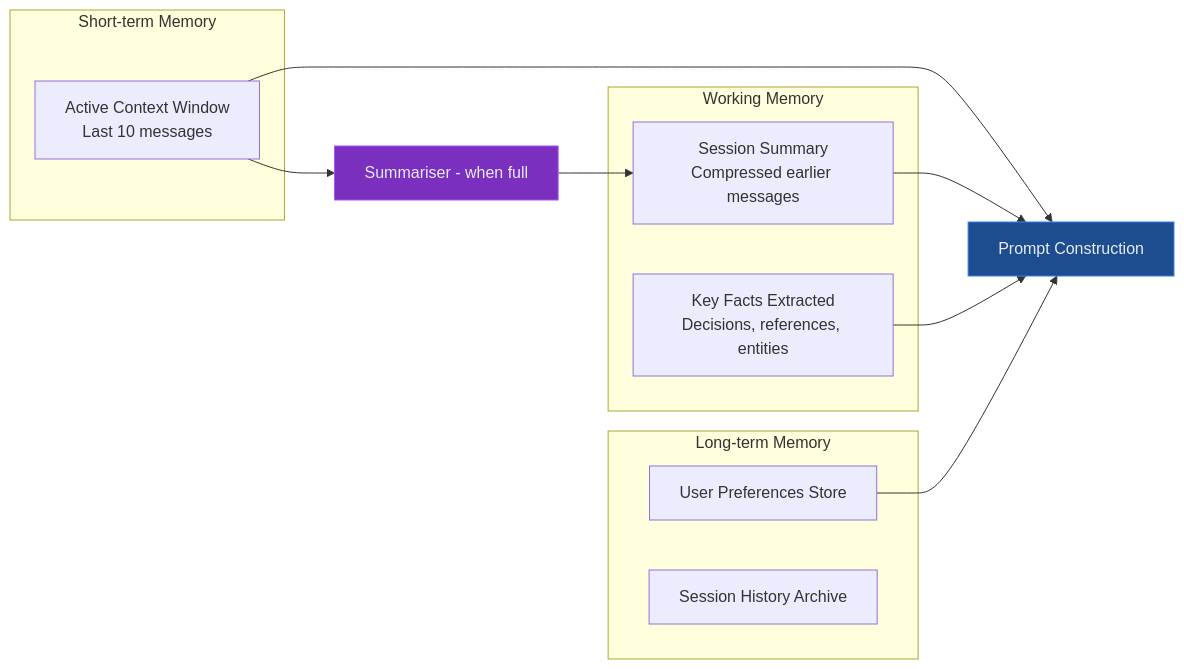
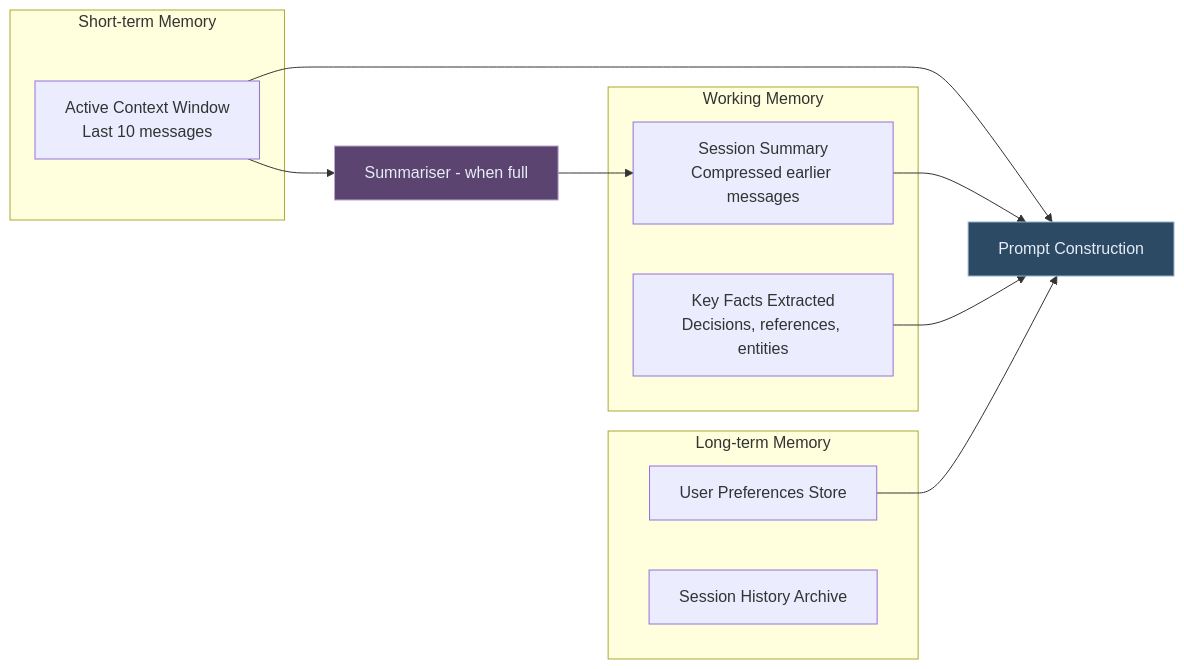
Before and after one commit to lorvexai/lorvexai: the fifth of 7 diagrams in blog/enterprise-llm-chat-interfaces.md, drawn with Mermaid. The commit also changed other lines of this file and 16 other files, not shown here.

First line of the commit message:
Retune hardcoded Mermaid node colors to match the site palette

````diff
--- a/blog/enterprise-llm-chat-interfaces.md
+++ b/blog/enterprise-llm-chat-interfaces.md
@@ -199,27 +199,27 @@
 ```mermaid
 flowchart LR
     subgraph Short-term Memory
         CW[Active Context Window\nLast 10 messages]
     end
 
     subgraph Working Memory
         SU[Session Summary\nCompressed earlier messages]
         KF[Key Facts Extracted\nDecisions, references, entities]
     end
 
     subgraph Long-term Memory
         US[User Preferences Store]
         HS[Session History Archive]
     end
 
     CW --> PR[Prompt Construction]
     SU --> PR
     KF --> PR
     US --> PR
 
     CW --> SM[Summariser - when full]
     SM --> SU
 
-    style PR fill:#1D4C8F,stroke:#2F80ED,color:#E6ECF7
-    style SM fill:#7B2FBE,stroke:#a855f7,color:#E6ECF7
+    style PR fill:#2C4A63,stroke:#8FB2CC,color:#E6ECF7
+    style SM fill:#5B4570,stroke:#BCA6CC,color:#E6ECF7
 ```
````
